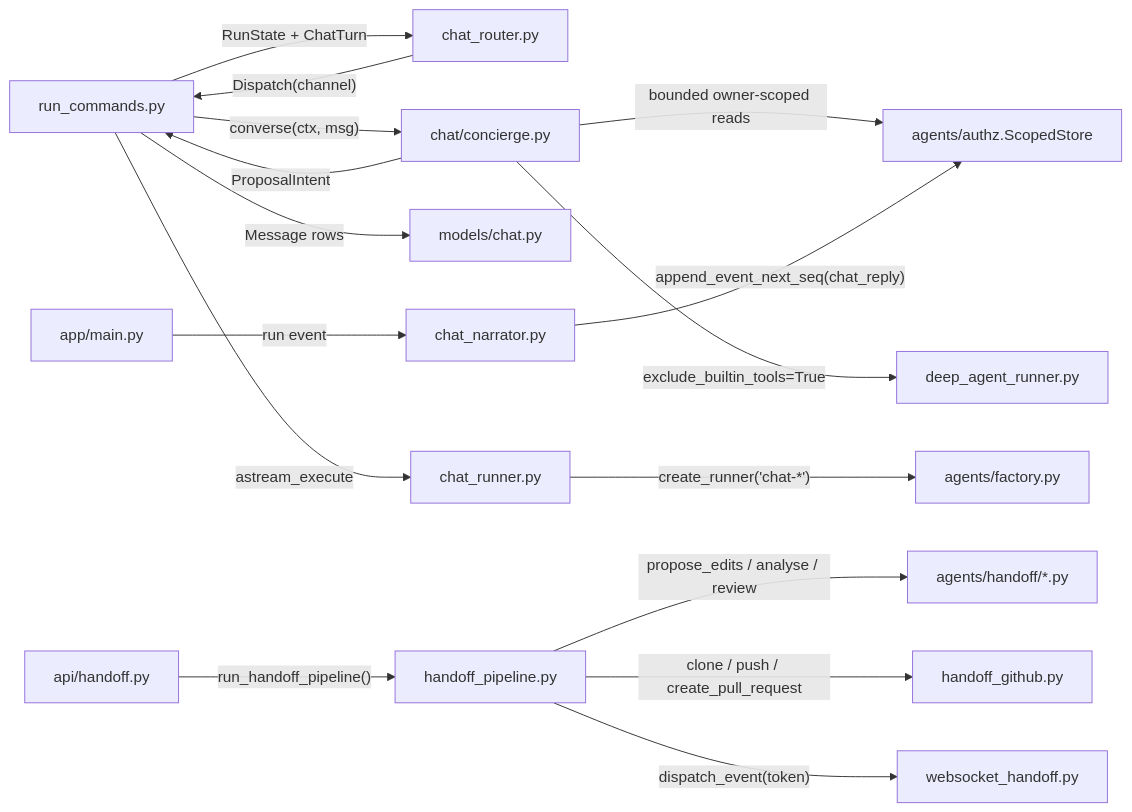
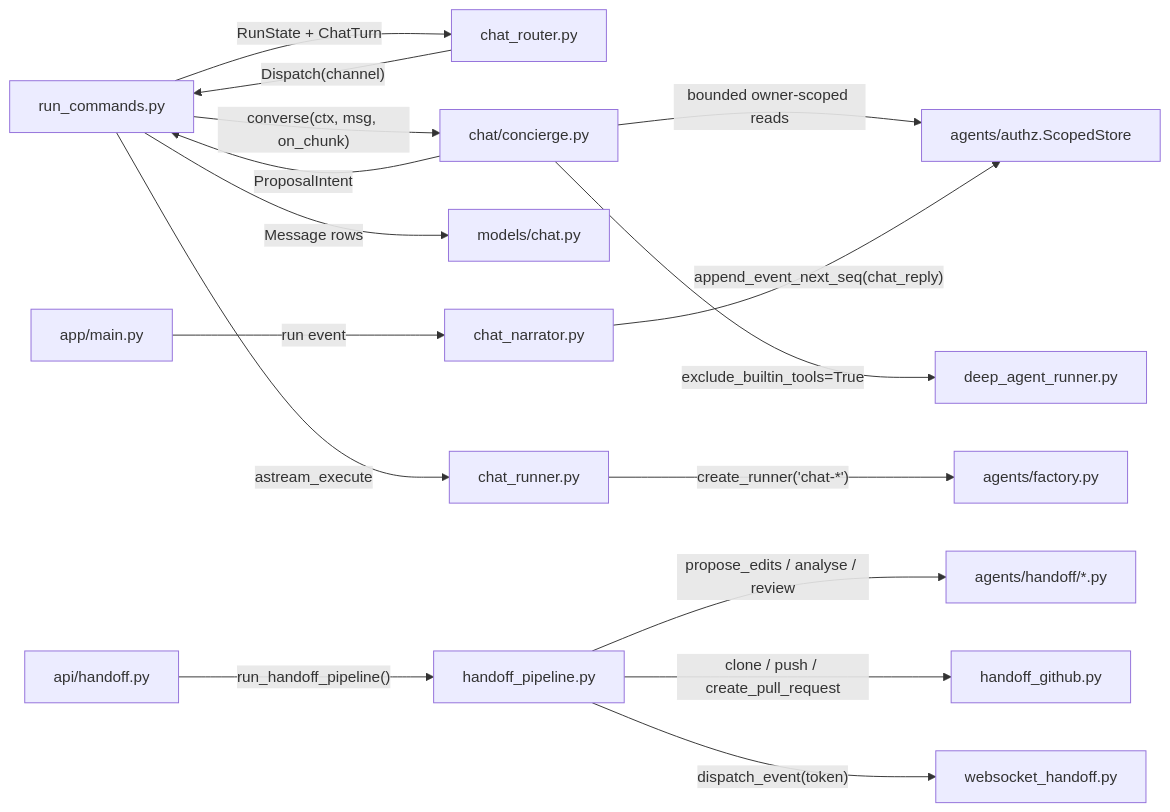
The fourth of 16 diagrams in .knowledge/ARCHITECTURE.md (prateek-sinha7/IdeaFlowAI), drawn with Mermaid before and after one commit. The commit also changed other lines of this file and 4493 other files, not shown here.

````diff
--- a/.knowledge/ARCHITECTURE.md
+++ b/.knowledge/ARCHITECTURE.md
@@ -192,18 +195,18 @@
 ```mermaid
 flowchart LR
   run_commands["run_commands.py"] -->|"RunState + ChatTurn"| chat_router["chat_router.py"]
   chat_router -->|"Dispatch(channel)"| run_commands
-  run_commands -->|"converse(ctx, msg)"| concierge["chat/concierge.py"]
+  run_commands -->|"converse(ctx, msg, on_chunk)"| concierge["chat/concierge.py"]
   concierge -->|"bounded owner-scoped reads"| scoped["agents/authz.ScopedStore"]
   concierge -->|"exclude_builtin_tools=True"| runner["deep_agent_runner.py"]
   concierge -->|"ProposalIntent"| run_commands
   run_commands -->|"Message rows"| chat_models["models/chat.py"]
   main["app/main.py"] -->|"run event"| narrator["chat_narrator.py"]
   narrator -->|"append_event_next_seq(chat_reply)"| scoped
   run_commands -->|"astream_execute"| chat_runner["chat_runner.py"]
   chat_runner -->|"create_runner('chat-*')"| factory["agents/factory.py"]
   handoff_api["api/handoff.py"] -->|"run_handoff_pipeline()"| hpipe["handoff_pipeline.py"]
   hpipe -->|"propose_edits / analyse / review"| hagents["agents/handoff/*.py"]
   hpipe -->|"clone / push / create_pull_request"| gh["handoff_github.py"]
   hpipe -->|"dispatch_event(token)"| ws["websocket_handoff.py"]
 ```
````
